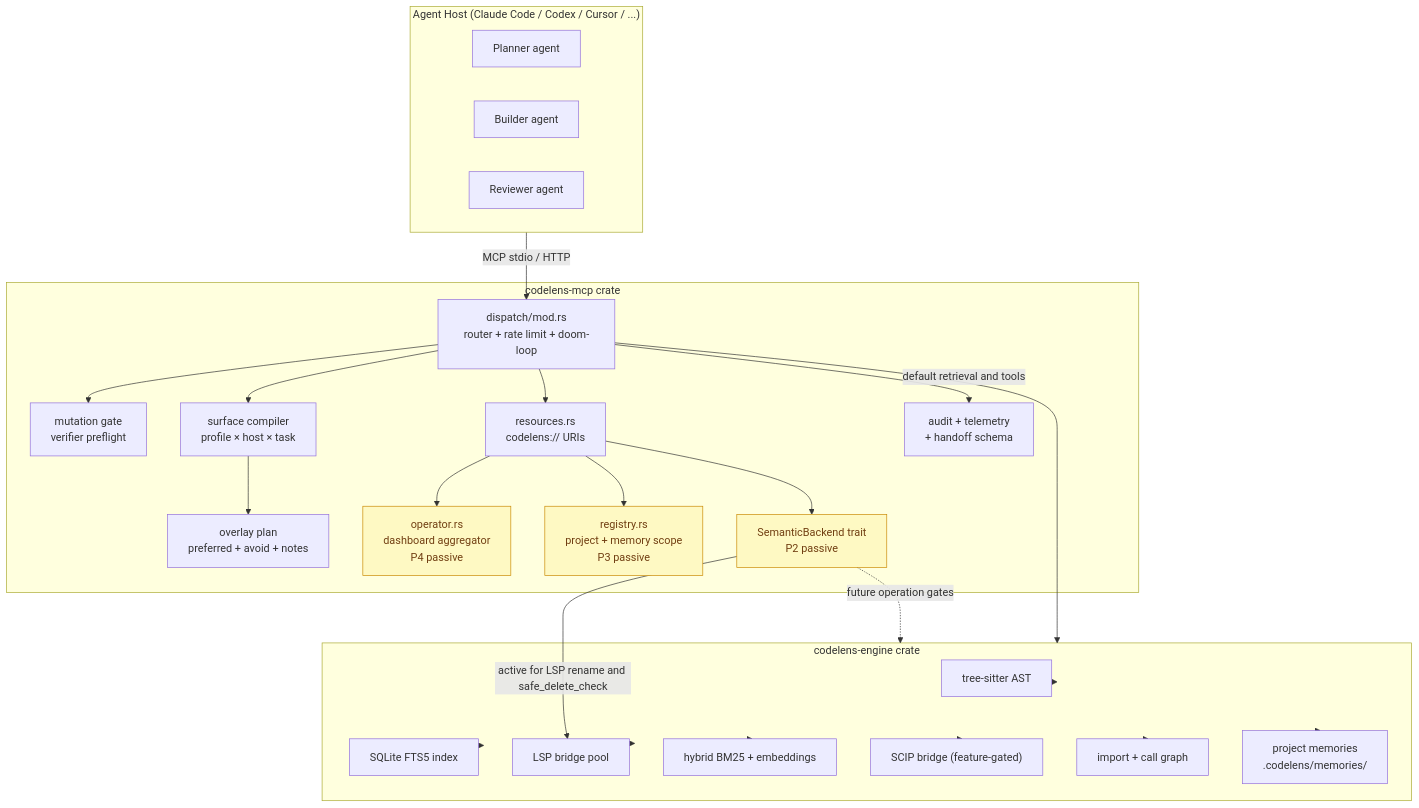
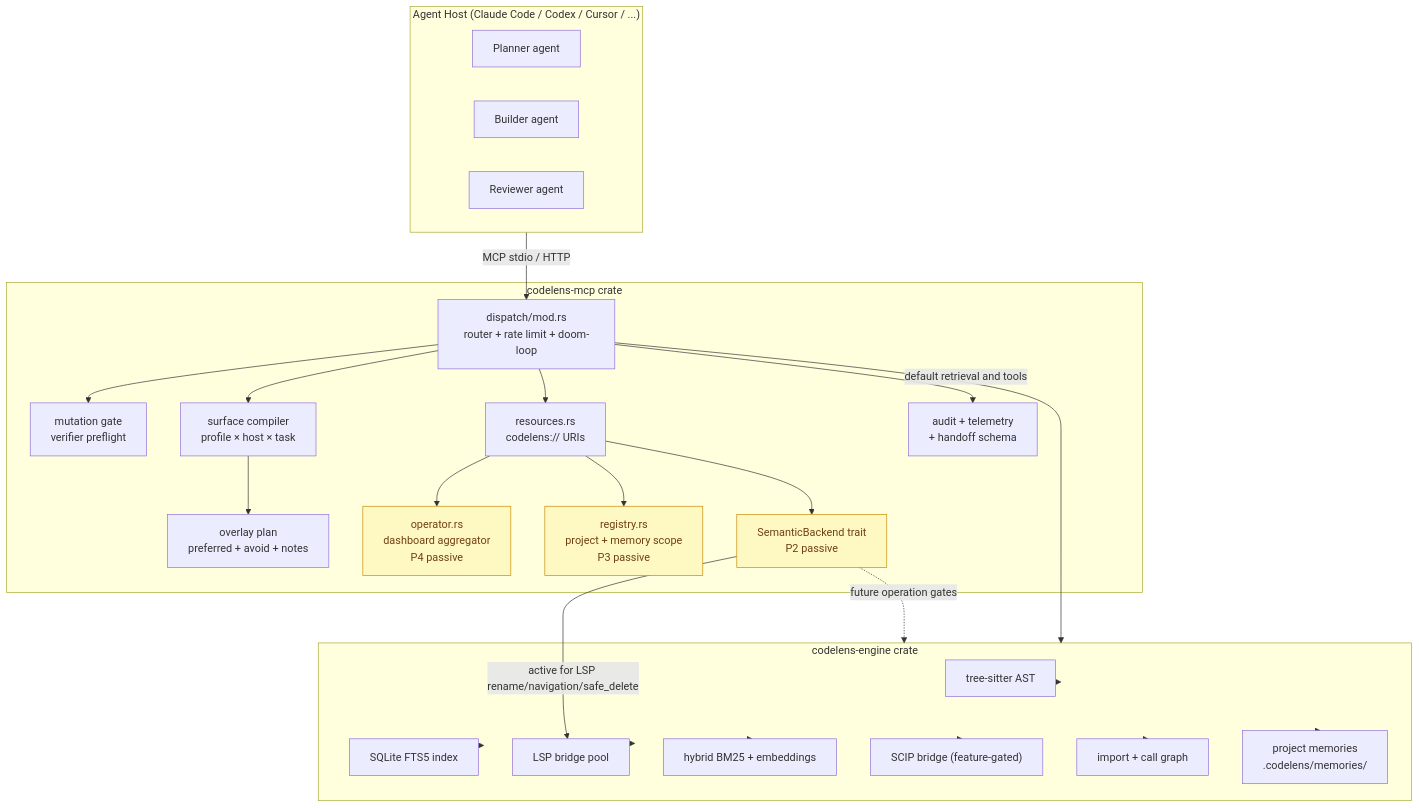
Before and after one commit to mupozg823/codelens-mcp-plugin: the diagram in docs/architecture-synthesis-2026-04-19.md, drawn with Mermaid. The commit also changed other lines of this file and 22 other files, not shown here.

````diff
--- a/docs/architecture-synthesis-2026-04-19.md
+++ b/docs/architecture-synthesis-2026-04-19.md
@@ -239,55 +241,55 @@
 ```mermaid
 graph TB
   subgraph Host["Agent Host (Claude Code / Codex / Cursor / ...)"]
     Planner[Planner agent]
     Builder[Builder agent]
     Reviewer[Reviewer agent]
   end
 
   subgraph MCP["codelens-mcp crate"]
     Dispatch[dispatch/mod.rs<br/>router + rate limit + doom-loop]
     Surface[surface compiler<br/>profile × host × task]
     Overlay[overlay plan<br/>preferred + avoid + notes]
     Mutation[mutation gate<br/>verifier preflight]
     Resources[resources.rs<br/>codelens:// URIs]
     Audit[audit + telemetry<br/>+ handoff schema]
     Backend[SemanticBackend trait<br/>P2 passive]
     Registry[registry.rs<br/>project + memory scope<br/>P3 passive]
     Operator[operator.rs<br/>dashboard aggregator<br/>P4 passive]
   end
 
   subgraph Engine["codelens-engine crate"]
     TS[tree-sitter AST]
     FTS[SQLite FTS5 index]
     Embed[hybrid BM25 + embeddings]
     LSP[LSP bridge pool]
     SCIP["SCIP bridge (feature-gated)"]
     Graph[import + call graph]
     Memory[project memories<br/>.codelens/memories/]
   end
 
   Host -->|MCP stdio / HTTP| Dispatch
   Dispatch --> Mutation
   Dispatch --> Surface
   Surface --> Overlay
   Dispatch --> Resources
   Resources --> Operator
   Resources --> Registry
   Resources --> Backend
   Dispatch --> Audit
 
   Dispatch -->|default retrieval and tools| Engine
-  Backend -->|active for LSP rename and safe_delete_check| LSP
+  Backend -->|active for LSP rename/navigation/safe_delete| LSP
   Backend -.->|future operation gates| Engine
 
   Engine --> TS
   Engine --> FTS
   Engine --> Embed
   Engine --> LSP
   Engine --> SCIP
   Engine --> Graph
   Engine --> Memory
 
   classDef pending fill:#fef9c3,stroke:#ca8a04,color:#713f12;
   class Backend,Registry,Operator pending;
 ```
````
